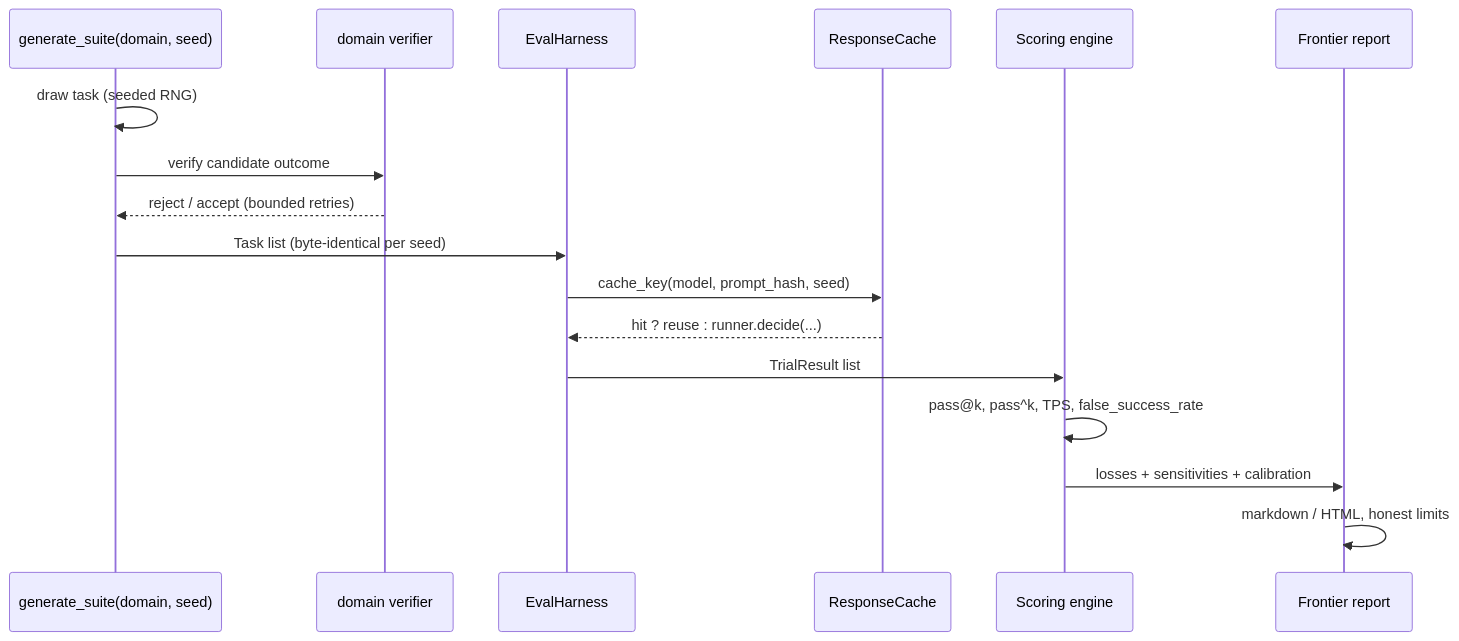
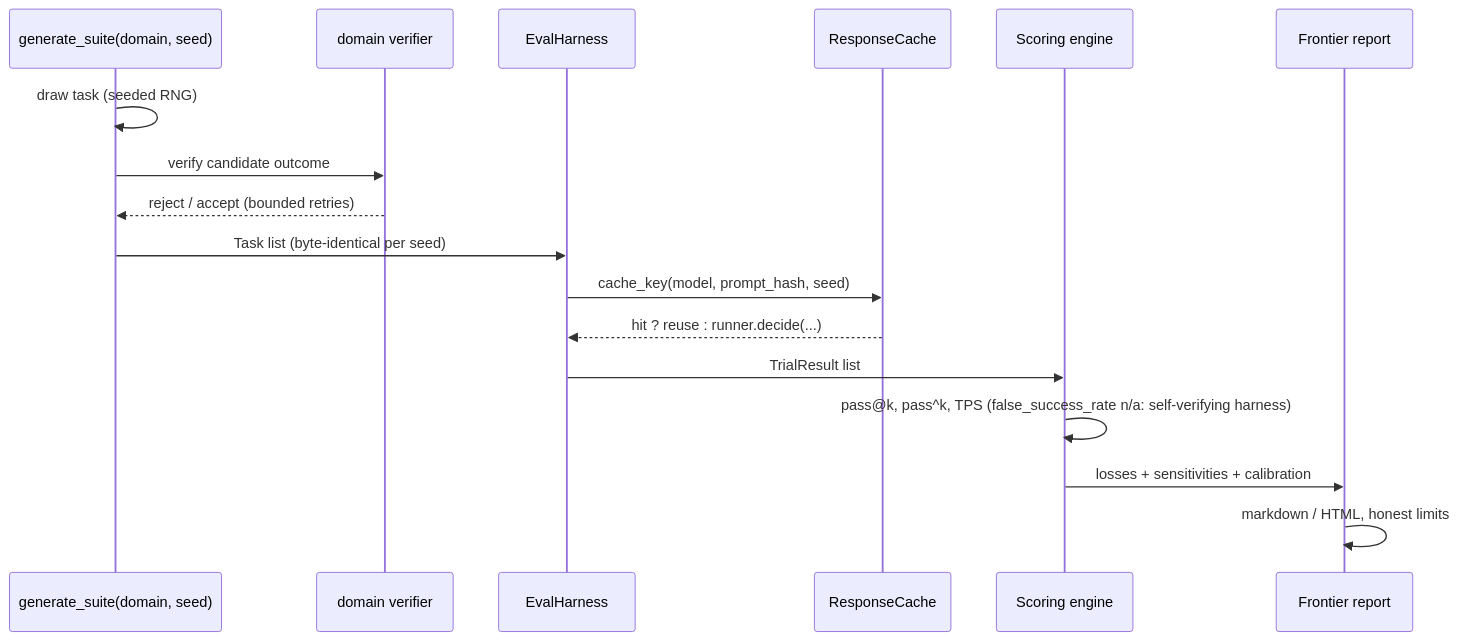
One commit to caiotheodoro/lossbench changed the second of 3 diagrams in docs/ARCHITECTURE.md. Above: the diagram before and after it, drawn with Mermaid. The commit also changed other lines of this file and 8 other files, not shown here.

First line of the commit message:
fix: scope false_success_rate to claim-then-verify sources, not the self-verifying harness (#27)

````diff
--- a/docs/ARCHITECTURE.md
+++ b/docs/ARCHITECTURE.md
@@ -85,19 +85,19 @@
 ```mermaid
 sequenceDiagram
     participant G as generate_suite(domain, seed)
     participant V as domain verifier
     participant H as EvalHarness
     participant C as ResponseCache
     participant S as Scoring engine
     participant R as Frontier report
     G->>G: draw task (seeded RNG)
     G->>V: verify candidate outcome
     V-->>G: reject / accept (bounded retries)
     G->>H: Task list (byte-identical per seed)
     H->>C: cache_key(model, prompt_hash, seed)
     C-->>H: hit ? reuse : runner.decide(...)
     H->>S: TrialResult list
-    S->>S: pass@k, pass^k, TPS, false_success_rate
+    S->>S: pass@k, pass^k, TPS (false_success_rate n/a: self-verifying harness)
     S->>R: losses + sensitivities + calibration
     R->>R: markdown / HTML, honest limits
 ```
````
